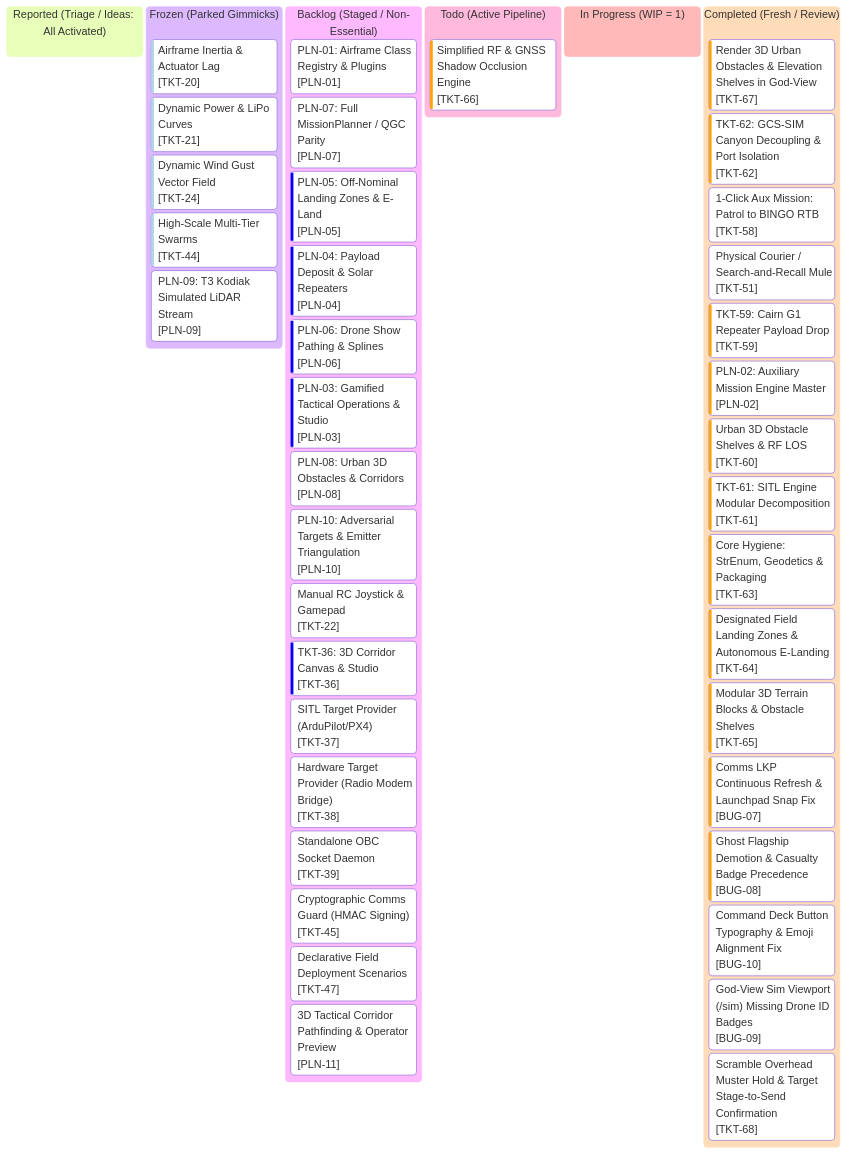
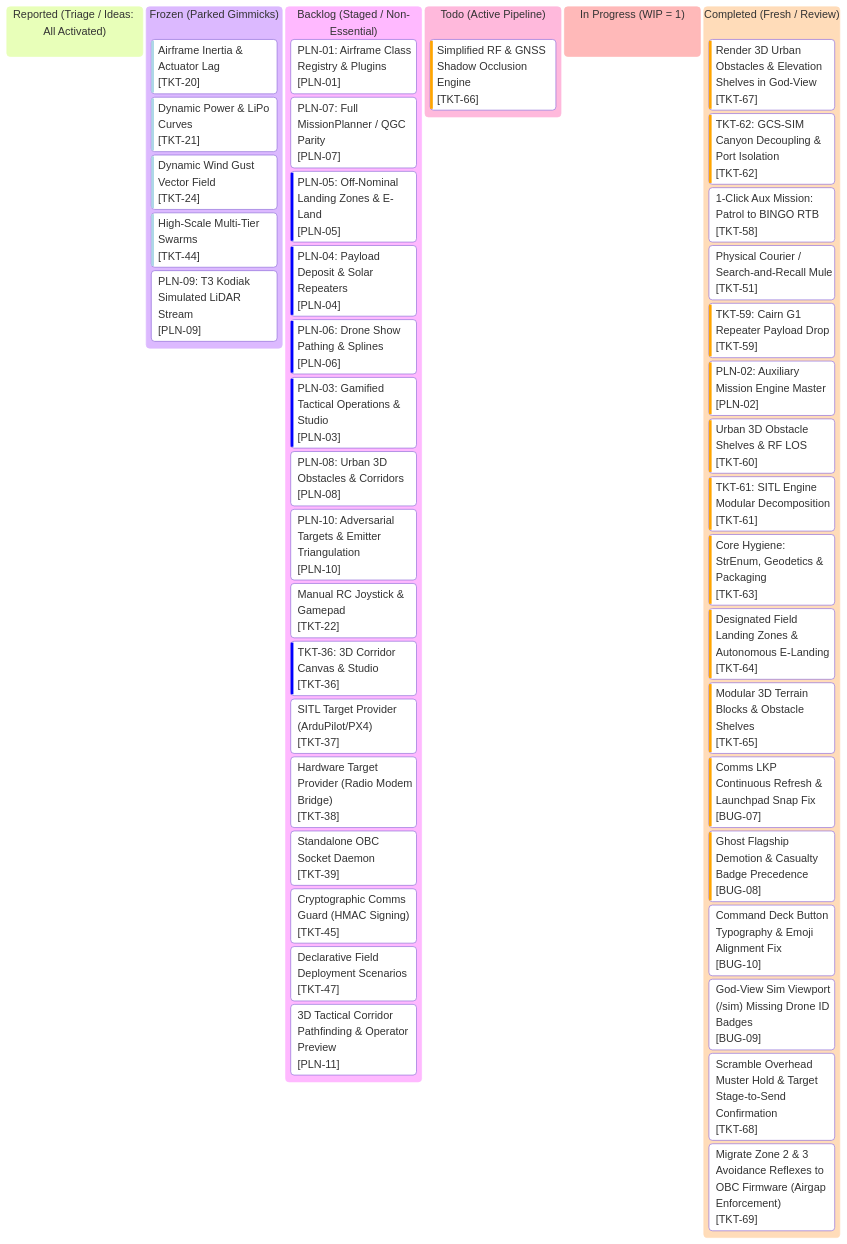
One commit to AlitheiaDeus/AlitheiaHive changed the diagram in roadmap/kanban.md. Above: the diagram before and after it, drawn with Mermaid. The commit also changed other lines of this file and 6 other files, not shown here.

Commit message:
refactor(obc): migrate zone 2 and 3 avoidance reflexes to obc firmware (TKT-69)

````diff
--- a/roadmap/kanban.md
+++ b/roadmap/kanban.md
@@ -10,67 +10,68 @@
 ```mermaid
 %%{init: {
   'theme': 'base',
   'themeVariables': {
     'primaryColor': '#0d2235',
     'primaryTextColor': '#d4f4ff',
     'primaryBorderColor': '#00f0ff',
     'lineColor': '#00f0ff',
     'background': '#061019',
     'mainBkg': '#0a1926',
     'secondaryColor': '#081420',
     'secondaryTextColor': '#5a7e96',
     'secondaryBorderColor': '#134e6f',
     'tertiaryColor': '#0e263d',
     'tertiaryTextColor': '#00ffaa',
     'tertiaryBorderColor': '#00ffaa',
     'clusterBkg': '#081420',
     'clusterBorder': '#134e6f',
     'fontFamily': "'JetBrains Mono', 'Courier New', monospace"
   }
 }}%%
 kanban
   reported["Reported (Triage / Ideas: All Activated)"]
   frozen["Frozen (Parked Gimmicks)"]
     tkt20["Airframe Inertia & Actuator Lag"]@{ ticket: '[TKT-20]', priority: 'Very Low' }
     tkt21["Dynamic Power & LiPo Curves"]@{ ticket: '[TKT-21]', priority: 'Very Low' }
     tkt24["Dynamic Wind Gust Vector Field"]@{ ticket: '[TKT-24]', priority: 'Very Low' }
     tkt44["High-Scale Multi-Tier Swarms"]@{ ticket: '[TKT-44]', priority: 'Very Low' }
     pln09["PLN-09: T3 Kodiak Simulated LiDAR Stream"]@{ ticket: '[PLN-09]', priority: 'Medium' }
   backlog["Backlog (Staged / Non-Essential)"]
     pln01["PLN-01: Airframe Class Registry & Plugins"]@{ ticket: '[PLN-01]', priority: 'Medium' }
     pln07["PLN-07: Full MissionPlanner / QGC Parity"]@{ ticket: '[PLN-07]', priority: 'Medium' }
     pln05["PLN-05: Off-Nominal Landing Zones & E-Land"]@{ ticket: '[PLN-05]', priority: 'Low' }
     pln04["PLN-04: Payload Deposit & Solar Repeaters"]@{ ticket: '[PLN-04]', priority: 'Low' }
     pln06["PLN-06: Drone Show Pathing & Splines"]@{ ticket: '[PLN-06]', priority: 'Low' }
     pln03["PLN-03: Gamified Tactical Operations & Studio"]@{ ticket: '[PLN-03]', priority: 'Low' }
     pln08["PLN-08: Urban 3D Obstacles & Corridors"]@{ ticket: '[PLN-08]', priority: 'Medium' }
     pln10["PLN-10: Adversarial Targets & Emitter Triangulation"]@{ ticket: '[PLN-10]', priority: 'Medium' }
     tkt22["Manual RC Joystick & Gamepad"]@{ ticket: '[TKT-22]', priority: 'Medium' }
     tkt36["TKT-36: 3D Corridor Canvas & Studio"]@{ ticket: '[TKT-36]', priority: 'Low' }
     tkt37["SITL Target Provider (ArduPilot/PX4)"]@{ ticket: '[TKT-37]', priority: 'Medium' }
     tkt38["Hardware Target Provider (Radio Modem Bridge)"]@{ ticket: '[TKT-38]', priority: 'Medium' }
     tkt39["Standalone OBC Socket Daemon"]@{ ticket: '[TKT-39]', priority: 'Medium' }
     tkt45["Cryptographic Comms Guard (HMAC Signing)"]@{ ticket: '[TKT-45]', priority: 'Medium' }
     tkt47["Declarative Field Deployment Scenarios"]@{ ticket: '[TKT-47]', priority: 'Medium' }
     pln11["3D Tactical Corridor Pathfinding & Operator Preview"]@{ ticket: '[PLN-11]', priority: 'Medium' }
   todo["Todo (Active Pipeline)"]
     tkt66["Simplified RF & GNSS Shadow Occlusion Engine"]@{ ticket: '[TKT-66]', priority: 'High' }
   in_progress["In Progress (WIP = 1)"]
   completed["Completed (Fresh / Review)"]
     tkt67["Render 3D Urban Obstacles & Elevation Shelves in God-View"]@{ ticket: '[TKT-67]', priority: 'High' }
     tkt62["TKT-62: GCS-SIM Canyon Decoupling & Port Isolation"]@{ ticket: '[TKT-62]', priority: 'High' }
     tkt58["1-Click Aux Mission: Patrol to BINGO RTB"]@{ ticket: '[TKT-58]', priority: 'Medium' }
     tkt51["Physical Courier / Search-and-Recall Mule"]@{ ticket: '[TKT-51]', priority: 'Medium' }
     tkt59["TKT-59: Cairn G1 Repeater Payload Drop"]@{ ticket: '[TKT-59]', priority: 'High' }
     pln02["PLN-02: Auxiliary Mission Engine Master"]@{ ticket: '[PLN-02]', priority: 'High' }
     tkt60["Urban 3D Obstacle Shelves & RF LOS"]@{ ticket: '[TKT-60]', priority: 'High' }
     tkt61["TKT-61: SITL Engine Modular Decomposition"]@{ ticket: '[TKT-61]', priority: 'High' }
     tkt63["Core Hygiene: StrEnum, Geodetics & Packaging"]@{ ticket: '[TKT-63]', priority: 'High' }
     tkt64["Designated Field Landing Zones & Autonomous E-Landing"]@{ ticket: '[TKT-64]', priority: 'High' }
     tkt65["Modular 3D Terrain Blocks & Obstacle Shelves"]@{ ticket: '[TKT-65]', priority: 'High' }
     bug07["Comms LKP Continuous Refresh & Launchpad Snap Fix"]@{ ticket: '[BUG-07]', priority: 'High' }
     bug08["Ghost Flagship Demotion & Casualty Badge Precedence"]@{ ticket: '[BUG-08]', priority: 'High' }
     bug10["Command Deck Button Typography & Emoji Alignment Fix"]@{ ticket: '[BUG-10]', priority: 'Normal' }
     bug09["God-View Sim Viewport (/sim) Missing Drone ID Badges"]@{ ticket: '[BUG-09]', priority: 'Normal' }
     tkt68["Scramble Overhead Muster Hold & Target Stage-to-Send Confirmation"]@{ ticket: '[TKT-68]', priority: 'Normal' }
+    tkt69["Migrate Zone 2 & 3 Avoidance Reflexes to OBC Firmware (Airgap Enforcement)"]@{ ticket: '[TKT-69]', priority: 'Normal' }
 ```
````
